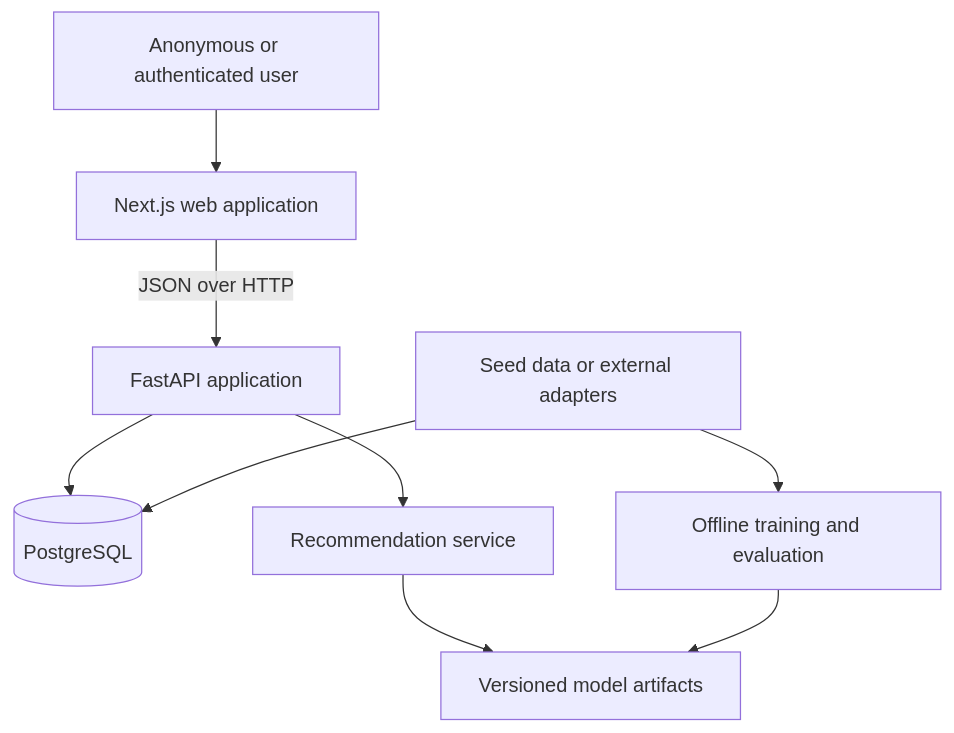
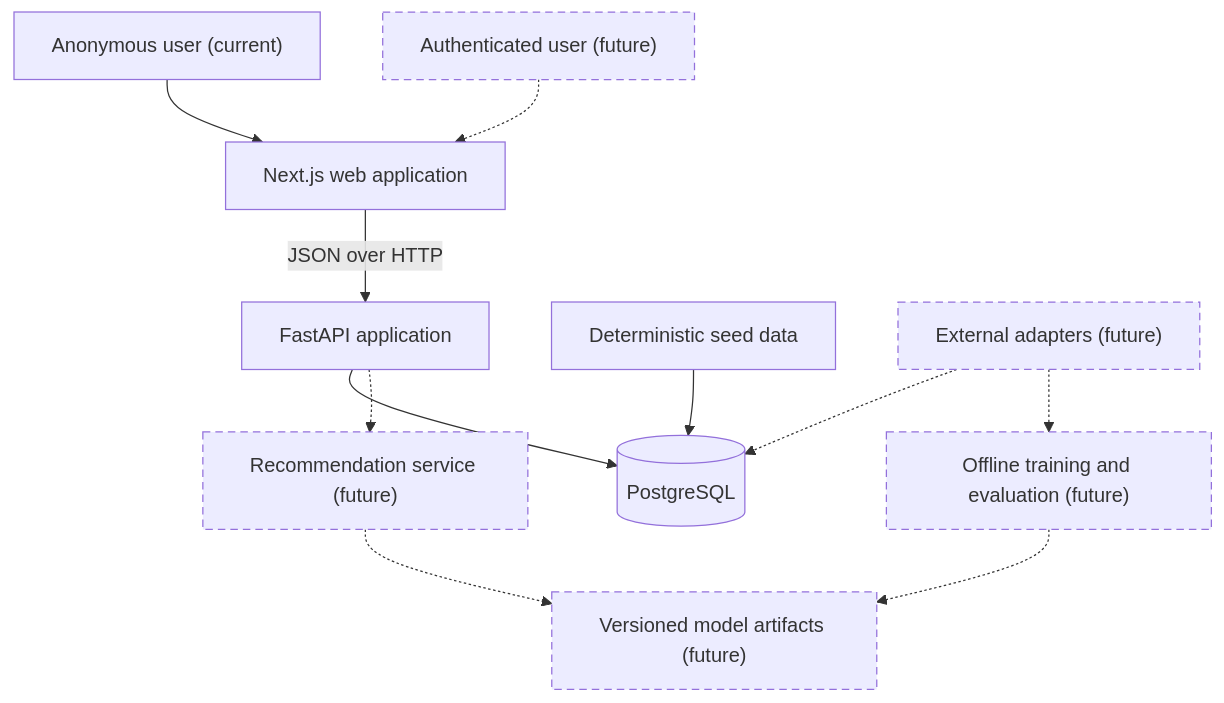
The diagram in docs/architecture.md (Khang206206/gamelens-ai), drawn with Mermaid before and after one commit. The commit also changed other lines of this file and 67 other files, not shown here.

````diff
--- a/docs/architecture.md
+++ b/docs/architecture.md
@@ -14,20 +14,26 @@
 ```mermaid
 flowchart TB
-    User["Anonymous or authenticated user"]
+    User["Anonymous user (current)"]
+    AuthUser["Authenticated user (future)"]:::future
     Web["Next.js web application"]
     API["FastAPI application"]
     DB[("PostgreSQL")]
-    Recommender["Recommendation service"]
-    Artifacts["Versioned model artifacts"]
-    Pipeline["Offline training and evaluation"]
-    Sources["Seed data or external adapters"]
+    Seed["Deterministic seed data"]
+    Recommender["Recommendation service (future)"]:::future
+    Artifacts["Versioned model artifacts (future)"]:::future
+    Pipeline["Offline training and evaluation (future)"]:::future
+    Sources["External adapters (future)"]:::future
 
     User --> Web
     Web -->|"JSON over HTTP"| API
     API --> DB
-    API --> Recommender
-    Recommender --> Artifacts
-    Sources --> DB
-    Sources --> Pipeline
-    Pipeline --> Artifacts
+    Seed --> DB
+    AuthUser -.-> Web
+    API -.-> Recommender
+    Recommender -.-> Artifacts
+    Sources -.-> DB
+    Sources -.-> Pipeline
+    Pipeline -.-> Artifacts
+
+    classDef future stroke-dasharray: 6 4
 ```
````
